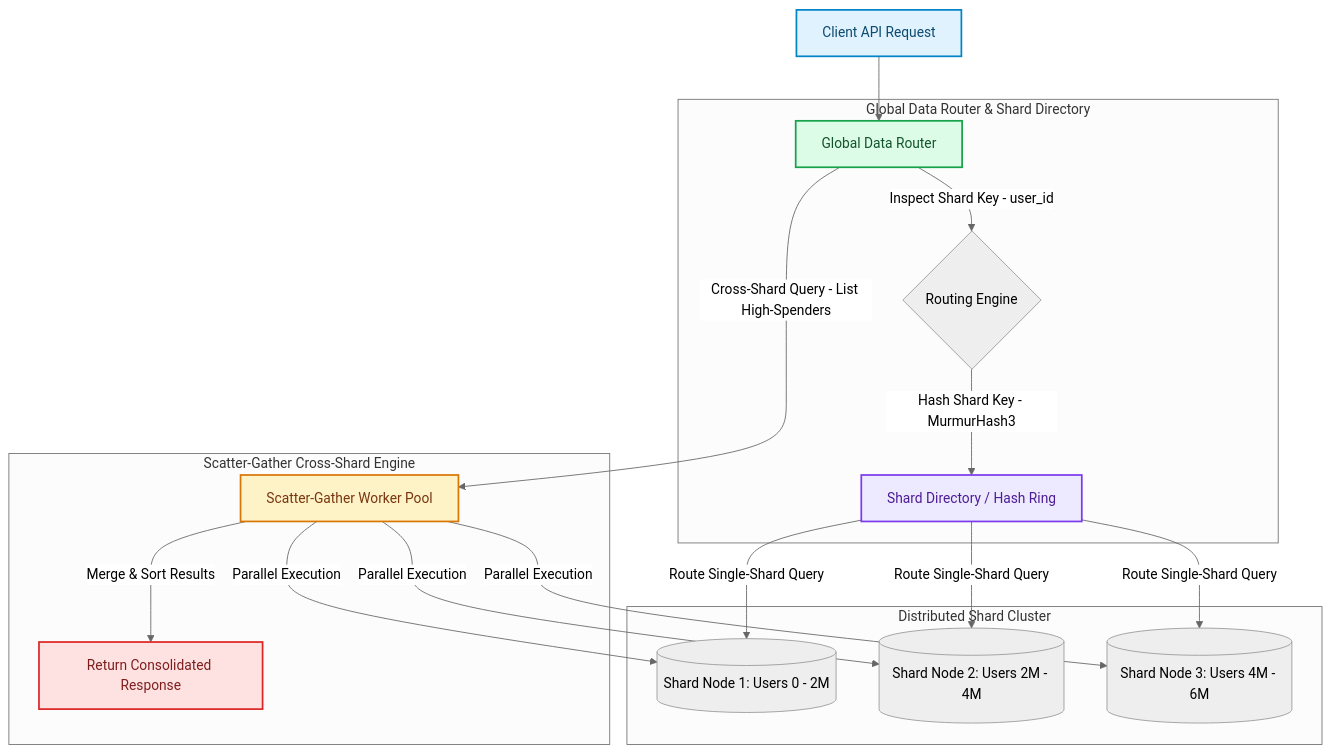
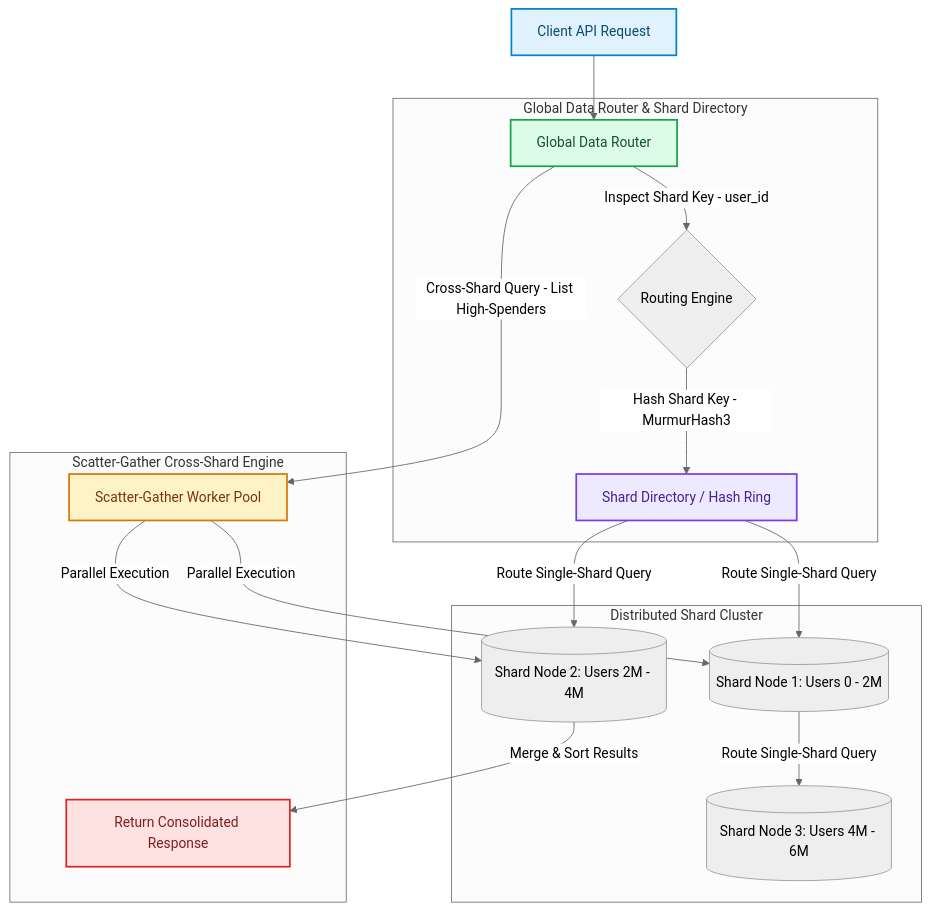
One commit to akmalkhaniub/akmalkhaniub.github.io changed the diagram in blog/posts/database-sharding-horizontal-partitioning-global-data-routing.md. Above: the diagram before and after it, drawn with Mermaid (neutral theme). The commit also changed other lines of this file and 894 other files, not shown here.

Commit message:
feat(blog): upgrade all 444 posts with unique staggered dates, 2-col Mermaid spines, benchmark tables, code blocks, and trade-offs

````diff
--- a/blog/posts/database-sharding-horizontal-partitioning-global-data-routing.md
+++ b/blog/posts/database-sharding-horizontal-partitioning-global-data-routing.md
@@ -17,34 +17,33 @@
 ```mermaid
 flowchart TD
   A["Client API Request"] --> B["Global Data Router"]
   
   subgraph SG1_GlobalDataRouter ["Global Data Router & Shard Directory"]
     B -->|Inspect Shard Key - user_id| C{Routing Engine}
     C -->|Hash Shard Key - MurmurHash3| D["Shard Directory / Hash Ring"]
   end
   
   subgraph SG2_DistributedShardCluster ["Distributed Shard Cluster"]
     D -->|Route Single-Shard Query| E[(Shard Node 1: Users 0 - 2M)]
     D -->|Route Single-Shard Query| F[(Shard Node 2: Users 2M - 4M)]
-    D -->|Route Single-Shard Query| G[(Shard Node 3: Users 4M - 6M)]
+    E --> |Route Single-Shard Query| G[(Shard Node 3: Users 4M - 6M)]
   end
   
   subgraph SG3_ScatterGatherCross ["Scatter-Gather Cross-Shard Engine"]
     B -->|Cross-Shard Query - List High-Spenders| H["Scatter-Gather Worker Pool"]
     H -->|Parallel Execution| E
     H -->|Parallel Execution| F
-    H -->|Parallel Execution| G
-    H -->|Merge & Sort Results| I["Return Consolidated Response"]
+    F --> |Merge & Sort Results| I["Return Consolidated Response"]
   end
 
 classDef green fill:#dcfce7,stroke:#16a34a,stroke-width:2px,color:#14532d;
 classDef red fill:#fee2e2,stroke:#dc2626,stroke-width:2px,color:#7f1d1d;
 classDef blue fill:#e0f2fe,stroke:#0284c7,stroke-width:2px,color:#0c4a6e;
 classDef yellow fill:#fef3c7,stroke:#d97706,stroke-width:2px,color:#78350f;
 classDef purple fill:#ede9fe,stroke:#7c3aed,stroke-width:2px,color:#4c1d95;
 class A blue
 class B green
 class D purple
 class H yellow
 class I red
 ```
````
